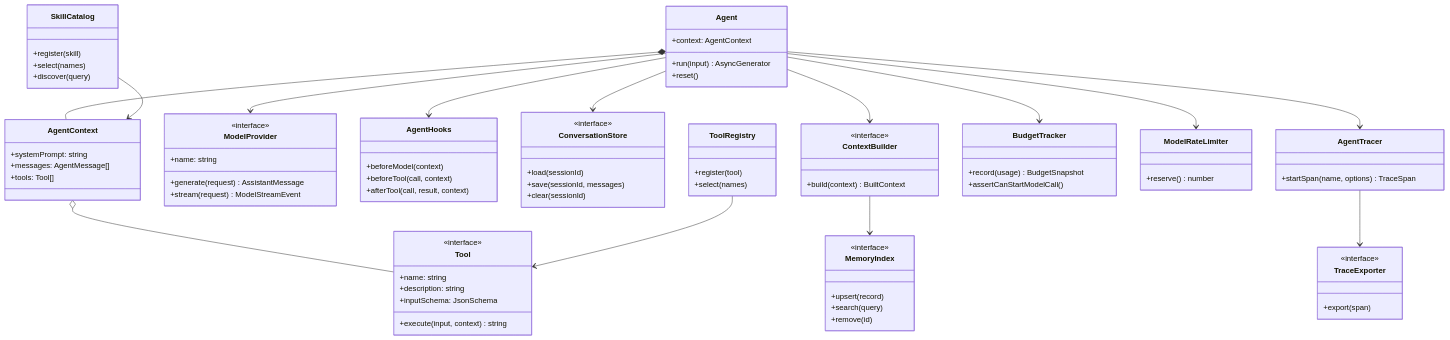
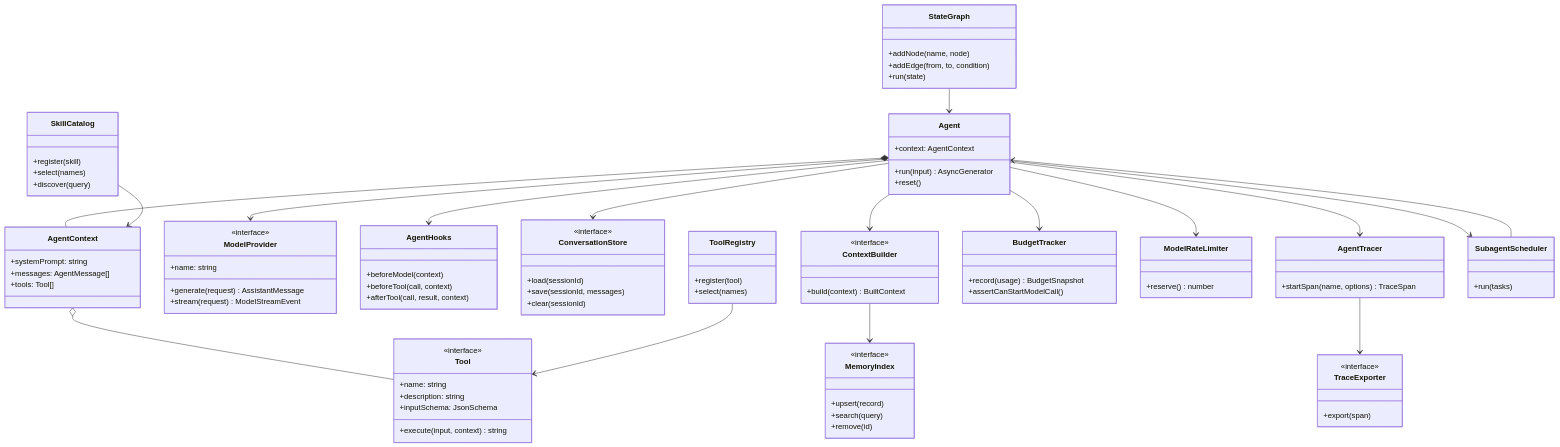
Before and after one commit to daiwk/building-agents-from-scratch: the diagram in docs/architecture.md, drawn with Mermaid. The commit also changed 22 other files, not shown here.

Commit message:
complete sub-agent and graph stages

```diff
--- a/docs/architecture.md
+++ b/docs/architecture.md
@@ -71,6 +71,14 @@
       <<interface>>
       +export(span)
     }
+    class SubagentScheduler {
+      +run(tasks)
+    }
+    class StateGraph {
+      +addNode(name, node)
+      +addEdge(from, to, condition)
+      +run(state)
+    }
 
     Agent *-- AgentContext
     Agent --> ModelProvider
@@ -81,6 +89,9 @@
     Agent --> ModelRateLimiter
     Agent --> AgentTracer
     AgentTracer --> TraceExporter
+    Agent --> SubagentScheduler
+    SubagentScheduler --> Agent
+    StateGraph --> Agent
     AgentContext o-- Tool
     Agent --> AgentHooks
     ToolRegistry --> Tool
```
